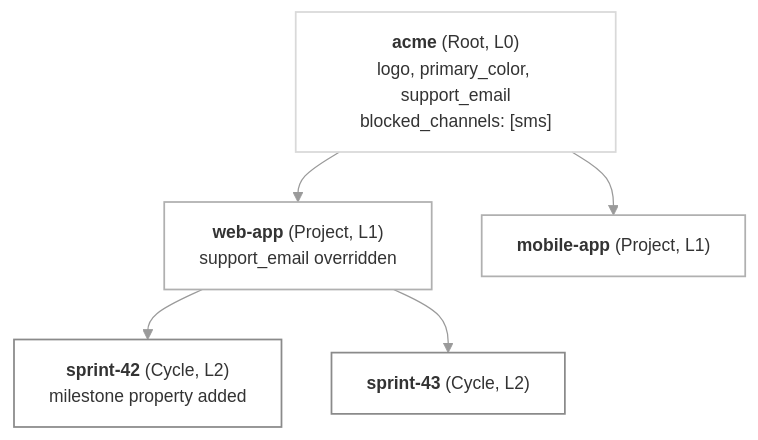
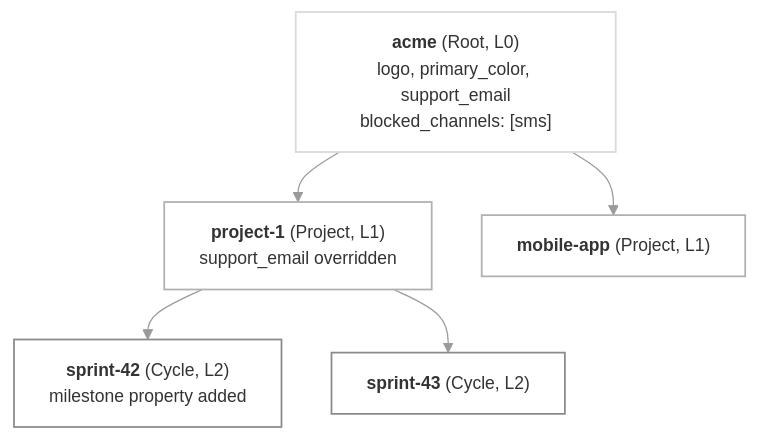
The diagram in docs/sub-tenants.mdx (suprsend/documentation), drawn with Mermaid before and after one commit. The commit also changed other lines of this file and 17 other files, not shown here.

````diff
--- a/docs/sub-tenants.mdx
+++ b/docs/sub-tenants.mdx
@@ -296,16 +296,16 @@
 ```mermaid
 %%{init: {'theme':'base','themeVariables':{'fontSize':'14px','fontFamily':'ui-sans-serif, system-ui, sans-serif','lineColor':'#9a9a9a'},'flowchart':{'padding':14,'nodeSpacing':40,'rankSpacing':40}}}%%
 flowchart TD
     R["<b>acme</b> (Root, L0)<br/>logo, primary_color, support_email<br/>blocked_channels: [sms]"]
-    R --> P1["<b>web-app</b> (Project, L1)<br/>support_email overridden"]
+    R --> P1["<b>project-1</b> (Project, L1)<br/>support_email overridden"]
     R --> P2["<b>mobile-app</b> (Project, L1)"]
     P1 --> C1["<b>sprint-42</b> (Cycle, L2)<br/>milestone property added"]
     P1 --> C2["<b>sprint-43</b> (Cycle, L2)"]
 
     classDef s1 fill:transparent,stroke:#d9d9d9,stroke-width:1.4px;
     classDef s2 fill:transparent,stroke:#b0b0b0,stroke-width:1.4px;
     classDef s3 fill:transparent,stroke:#8a8a8a,stroke-width:1.4px;
     class R s1;
     class P1,P2 s2;
     class C1,C2 s3;
 ```
````
